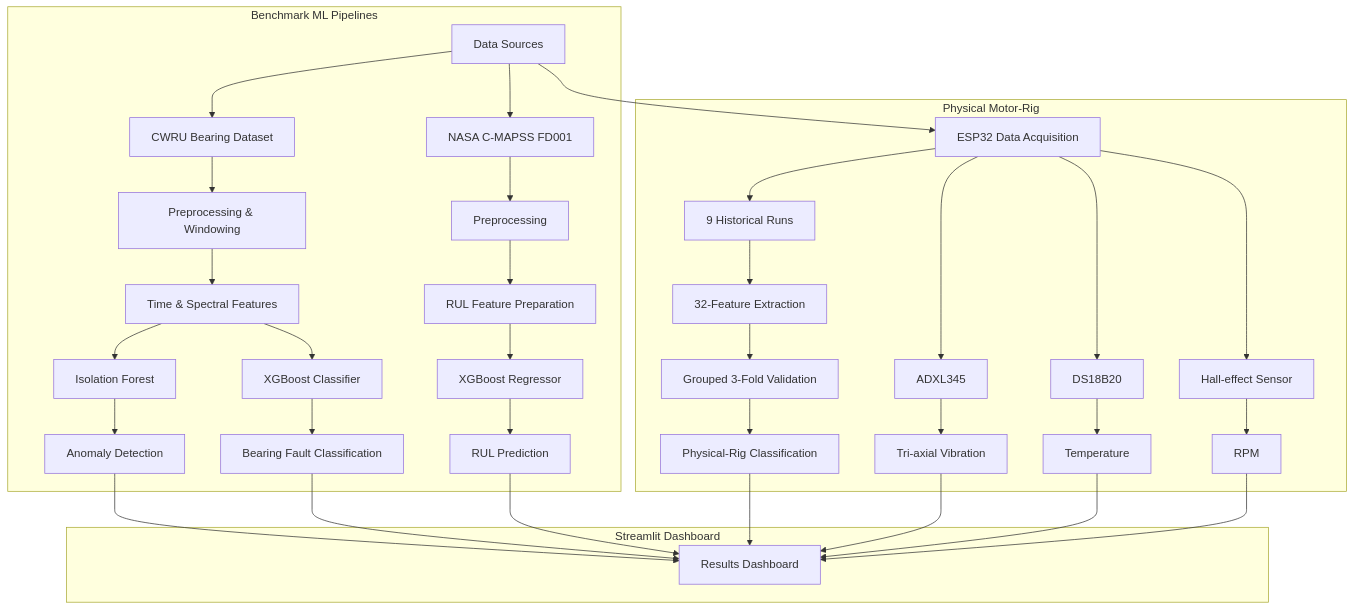
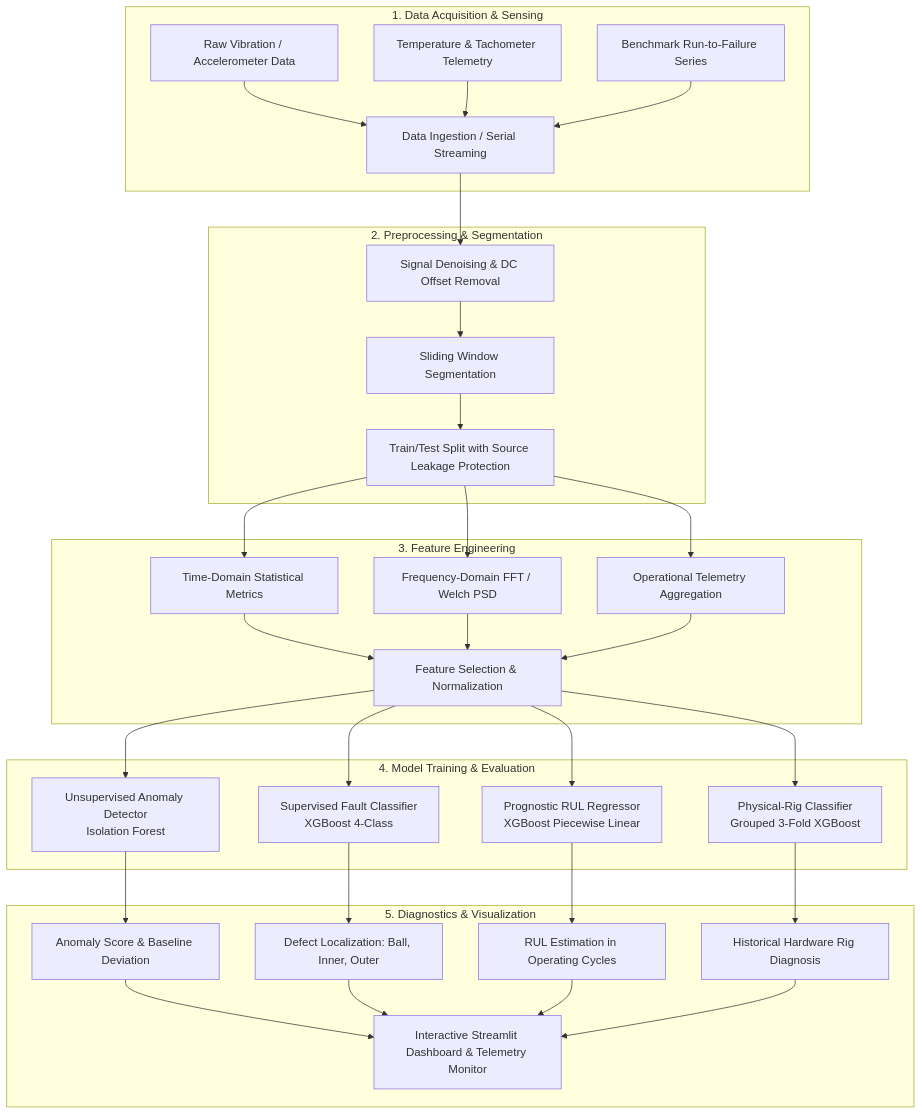
One commit to premkumarrs/motor-bearing-predictive-maintenance changed the diagram in README.md. Above: the diagram before and after it, drawn with Mermaid. The commit also changed other lines of this file, not shown here.

````diff
--- a/README.md
+++ b/README.md
@@ -20,50 +30,37 @@
 ```mermaid
 flowchart TD
-
-    A[Data Sources]
-
-    subgraph BENCHMARK["Benchmark ML Pipelines"]
-        A --> B[CWRU Bearing Dataset]
-        B --> B1[Preprocessing & Windowing]
-        B1 --> B2[Time & Spectral Features]
-
-        B2 --> B3[Isolation Forest]
-        B3 --> B4[Anomaly Detection]
-
-        B2 --> B5[XGBoost Classifier]
-        B5 --> B6[Bearing Fault Classification]
-
-        A --> C[NASA C-MAPSS FD001]
-        C --> C1[Preprocessing]
-        C1 --> C2[RUL Feature Preparation]
-        C2 --> C3[XGBoost Regressor]
-        C3 --> C4[RUL Prediction]
+    subgraph DAQ["1. Data Acquisition & Sensing"]
+        A1["Raw Vibration / Accelerometer Data"]
+        A2["Temperature & Tachometer Telemetry"]
+        A3["Benchmark Run-to-Failure Series"]
+        A1 & A2 & A3 --> B["Data Ingestion / Serial Streaming"]
     end
 
-    subgraph HARDWARE["Physical Motor-Rig"]
-        A --> D[ESP32 Data Acquisition]
-
-        D --> D1[ADXL345]
-        D --> D2[DS18B20]
-        D --> D3[Hall-effect Sensor]
-
-        D1 --> D4[Tri-axial Vibration]
-        D2 --> D5[Temperature]
-        D3 --> D6[RPM]
-
-        D --> D7[9 Historical Runs]
-        D7 --> D8[32-Feature Extraction]
-        D8 --> D9[Grouped 3-Fold Validation]
-        D9 --> D10[Physical-Rig Classification]
+    subgraph PREPROC["2. Preprocessing & Segmentation"]
+        B --> C1["Signal Denoising & DC Offset Removal"]
+        C1 --> C2["Sliding Window Segmentation"]
+        C2 --> C3["Train/Test Split with Source Leakage Protection"]
     end
 
-    subgraph DASHBOARD["Streamlit Dashboard"]
-        B4 --> E[Results Dashboard]
-        B6 --> E
-        C4 --> E
-        D10 --> E
-        D4 --> E
-        D5 --> E
-        D6 --> E
+    subgraph FEAT["3. Feature Engineering"]
+        C3 --> D1["Time-Domain Statistical Metrics"]
+        C3 --> D2["Frequency-Domain FFT / Welch PSD"]
+        C3 --> D3["Operational Telemetry Aggregation"]
+        D1 & D2 & D3 --> E["Feature Selection & Normalization"]
+    end
+
+    subgraph MODELS["4. Model Training & Evaluation"]
+        E --> F1["Unsupervised Anomaly Detector<br/>Isolation Forest"]
+        E --> F2["Supervised Fault Classifier<br/>XGBoost 4-Class"]
+        E --> F3["Prognostic RUL Regressor<br/>XGBoost Piecewise Linear"]
+        E --> F4["Physical-Rig Classifier<br/>Grouped 3-Fold XGBoost"]
+    end
+
+    subgraph OUT["5. Diagnostics & Visualization"]
+        F1 --> G1["Anomaly Score & Baseline Deviation"]
+        F2 --> G2["Defect Localization: Ball, Inner, Outer"]
+        F3 --> G3["RUL Estimation in Operating Cycles"]
+        F4 --> G4["Historical Hardware Rig Diagnosis"]
+        G1 & G2 & G3 & G4 --> H["Interactive Streamlit Dashboard & Telemetry Monitor"]
     end
 ```
````
